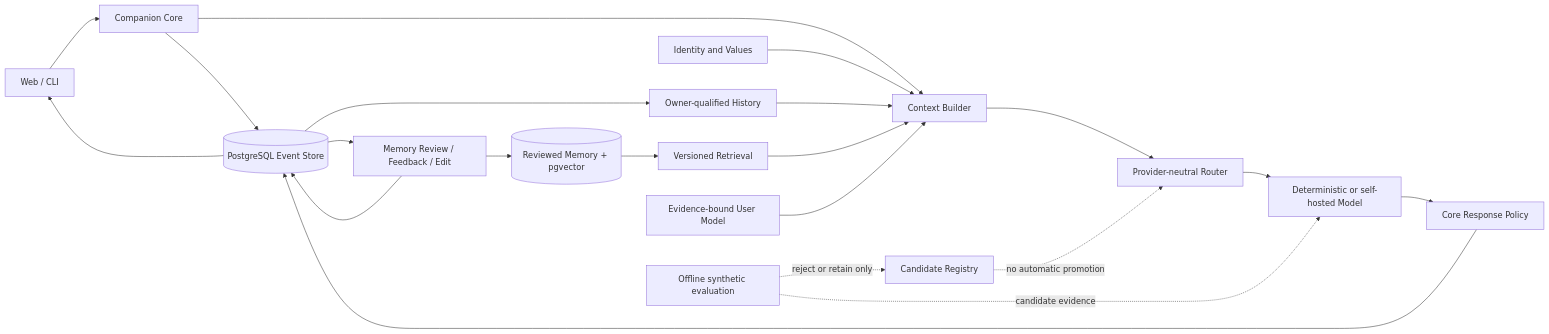
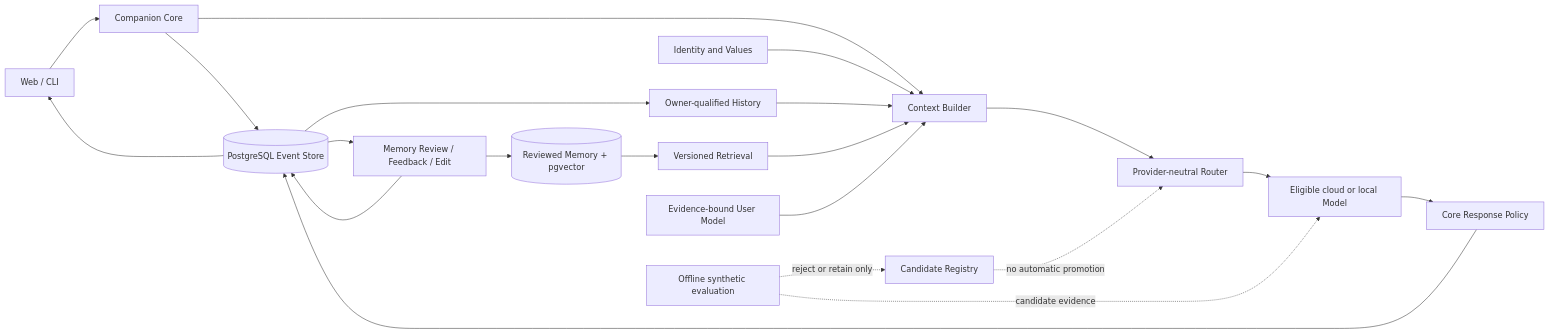
One commit to cyh-2101/HAVRE-sc changed the diagram in README.md. Above: the diagram before and after it, drawn with Mermaid. The commit also changed other lines of this file and 62 other files, not shown here.

````diff
--- a/README.md
+++ b/README.md
@@ -43,24 +55,24 @@
 ```mermaid
 flowchart LR
     UI[Web / CLI] --> CORE[Companion Core]
     CORE --> EVENTS[(PostgreSQL Event Store)]
     CORE --> CONTEXT[Context Builder]
     ID[Identity and Values] --> CONTEXT
     EVENTS --> HISTORY[Owner-qualified History]
     HISTORY --> CONTEXT
     MEMORY[(Reviewed Memory + pgvector)] --> RETRIEVAL[Versioned Retrieval]
     RETRIEVAL --> CONTEXT
     USERMODEL[Evidence-bound User Model] --> CONTEXT
     CONTEXT --> ROUTER[Provider-neutral Router]
-    ROUTER --> MODEL[Deterministic or self-hosted Model]
+    ROUTER --> MODEL[Eligible cloud or local Model]
     MODEL --> POLICY[Core Response Policy]
     POLICY --> EVENTS
     EVENTS --> UI
     EVENTS --> REVIEW[Memory Review / Feedback / Edit]
     REVIEW --> MEMORY
     REVIEW --> EVENTS
 
     EVAL[Offline synthetic evaluation] -. candidate evidence .-> MODEL
     EVAL -. reject or retain only .-> REGISTRY[Candidate Registry]
     REGISTRY -. no automatic promotion .-> ROUTER
 ```
````
